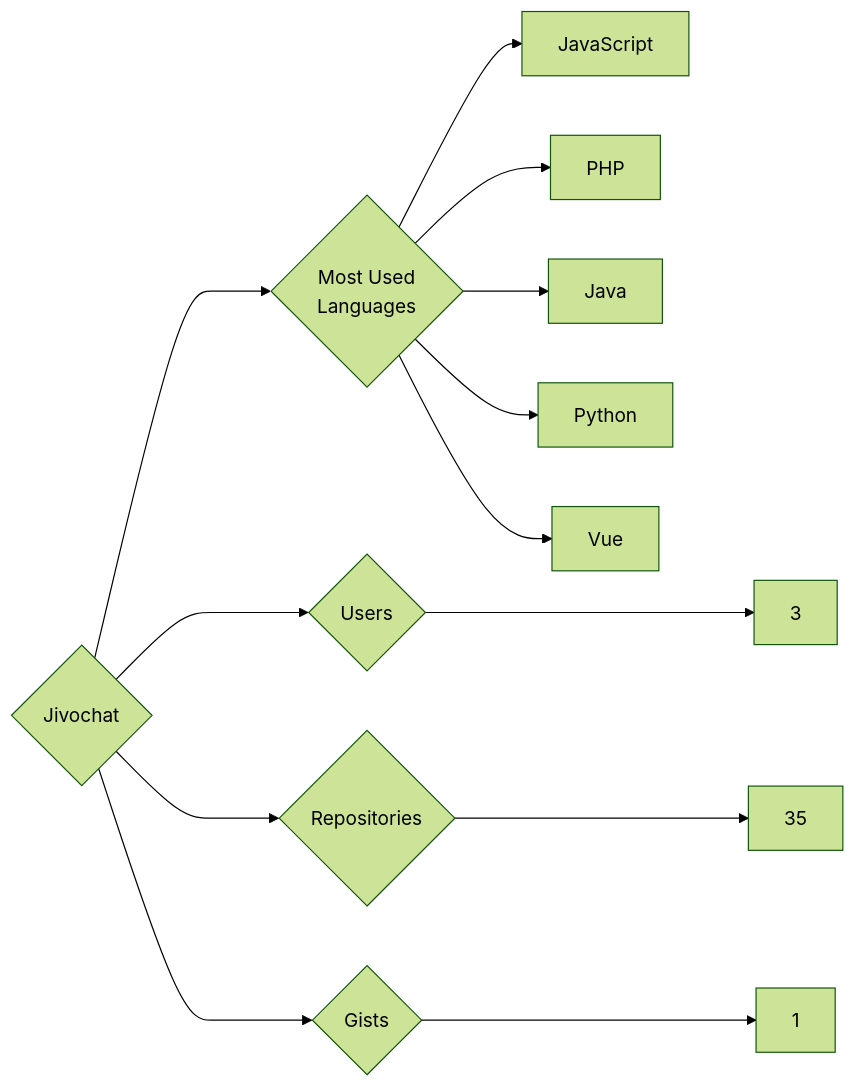
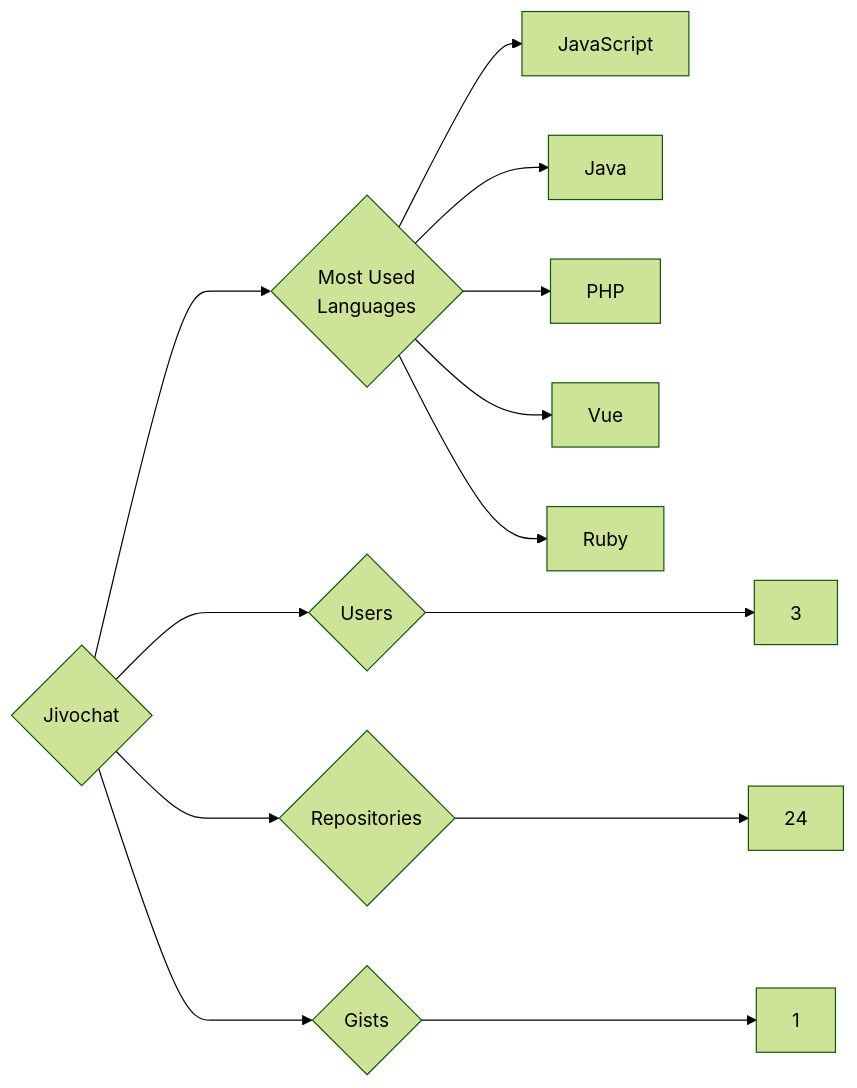
Before and after one commit to trickest/insiders: the diagram in targets/Jivochat/README.md, drawn with Mermaid (forest theme). The commit also changed 748 other files, not shown here.

````diff
--- a/targets/Jivochat/README.md
+++ b/targets/Jivochat/README.md
@@ -3,13 +3,13 @@
 ```mermaid
 graph LR
 COMPANY_NAME{Jivochat}
 COMPANY_NAME ---> U{Users} ---> UN[3]
-COMPANY_NAME ---> R{Repositories} ---> RN[35]
+COMPANY_NAME ---> R{Repositories} ---> RN[24]
 COMPANY_NAME ---> G{Gists} ---> GN[1]
 COMPANY_NAME ---> ML{Most Used<br>Languages}
 ML --> JavaScript[JavaScript]
+ML --> Java[Java]
 ML --> PHP[PHP]
-ML --> Java[Java]
-ML --> Python[Python]
 ML --> Vue[Vue]
+ML --> Ruby[Ruby]
 ```
````
